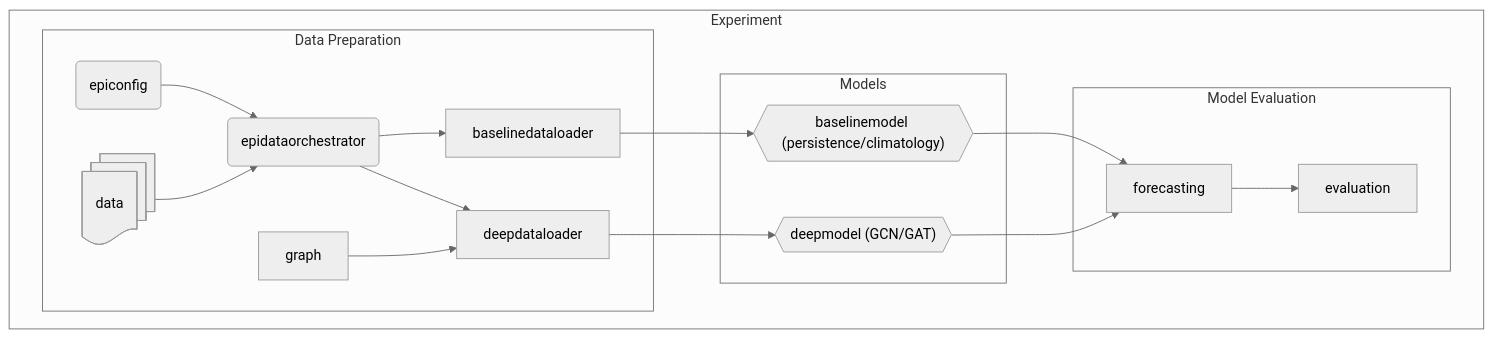
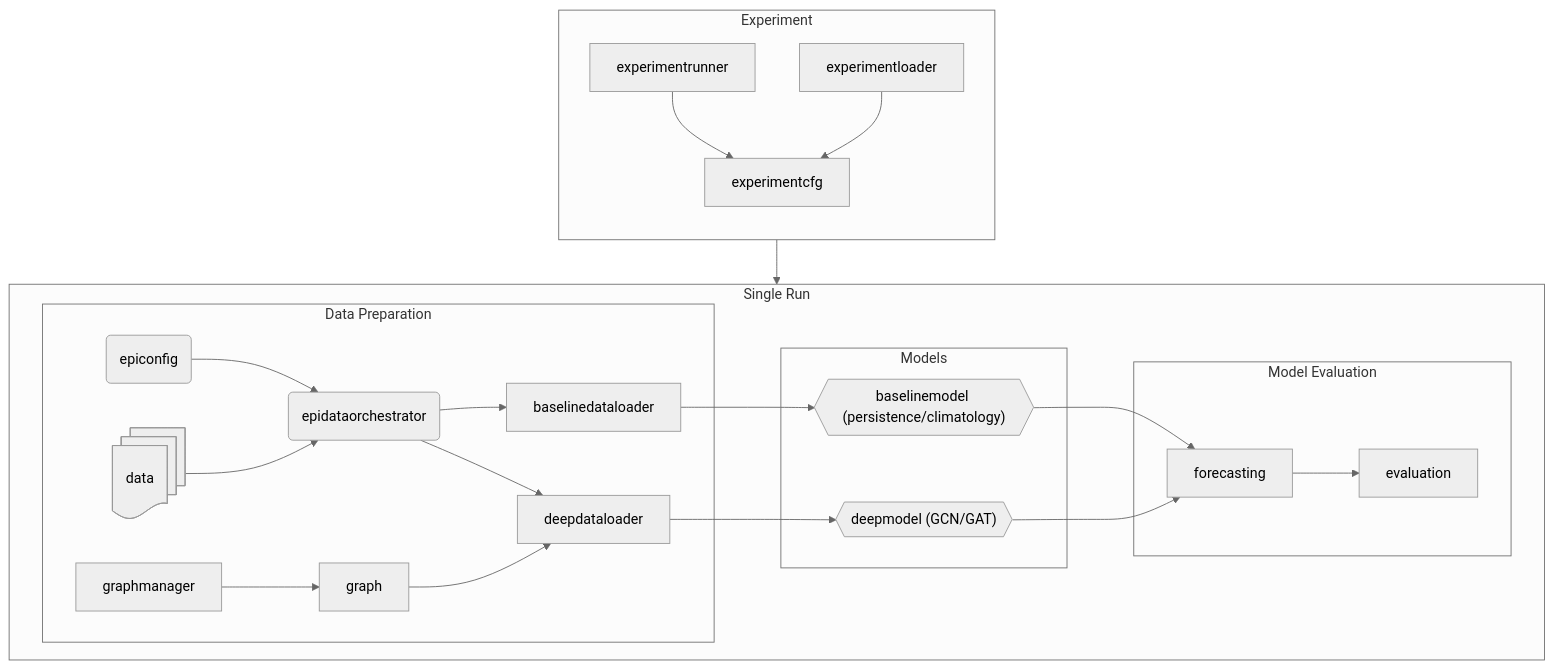
One commit to stends2001/epi-spatial-gnn changed the diagram in README.md. Above: the diagram before and after it, drawn with Mermaid (neutral theme). The commit also changed other lines of this file, not shown here.

````diff
--- a/README.md
+++ b/README.md
@@ -45,37 +45,55 @@
 ```mermaid
 flowchart TD
-    epicfg@{shape: rounded, label: "epiconfig"}
-    data@{shape: docs, label: "data"}
-    epido@{shape: rounded, label: "epidataorchestrator"}    
-    
-    bldl@{label: "baselinedataloader"}
-    dddl@{label: "deepdataloader"}
-    grph@{label: "graph"}
+    subgraph Experiment["Experiment"]
+        direction TB
 
-    blml@{shape: hex, label: "baselinemodel (persistence/climatology)"}
-    dml@{shape: hex, label: "deepmodel (GCN/GAT)"}    
+        expcfg@{label: "experimentcfg"}
+        exprun@{label: "experimentrunner"}
+        expload@{label: "experimentloader"}
 
-    preds@{shape: rect, label: "forecasting"}
-    eval@{shape: rect, label: "evaluation"}
-    
-    subgraph Experiment
-    subgraph Data Preparation
-    epicfg  --> epido
-    data    --> epido
-    epido   --> bldl
-    epido   --> dddl
-    grph    --> dddl
+        exprun --> expcfg
+        expload --> expcfg
     end
 
-    subgraph Models
-    bldl    --> blml
-    dddl    --> dml
+    subgraph SingleRun["Single Run"]
+        direction LR
+
+        epicfg@{shape: rounded, label: "epiconfig"}
+        data@{shape: docs, label: "data"}
+        epido@{shape: rounded, label: "epidataorchestrator"}
+
+        bldl@{label: "baselinedataloader"}
+        dddl@{label: "deepdataloader"}
+        grph@{label: "graph"}
+        grphmng@{label: "graphmanager"}
+
+        blml@{shape: hex, label: "baselinemodel (persistence/climatology)"}
+        gnn@{shape: hex, label: "deepmodel (GCN/GAT)"}
+
+        preds@{shape: rect, label: "forecasting"}
+        eval@{shape: rect, label: "evaluation"}
+
+        subgraph DataPreparation["Data Preparation"]
+            epicfg --> epido
+            data --> epido
+            epido --> bldl
+            epido --> dddl
+            grphmng --> grph
+            grph --> dddl
+        end
+
+        subgraph Models
+            bldl --> blml
+            dddl --> gnn
+        end
+
+        subgraph ModelEvaluation["Model Evaluation"]
+            blml --> preds
+            gnn --> preds
+            preds --> eval
+        end
+
     end
 
-    subgraph Model Evaluation
-    blml    --> preds
-    dml     --> preds
-    preds   --> eval
-    end
-    end
+    exprun --> SingleRun
 ```
````
